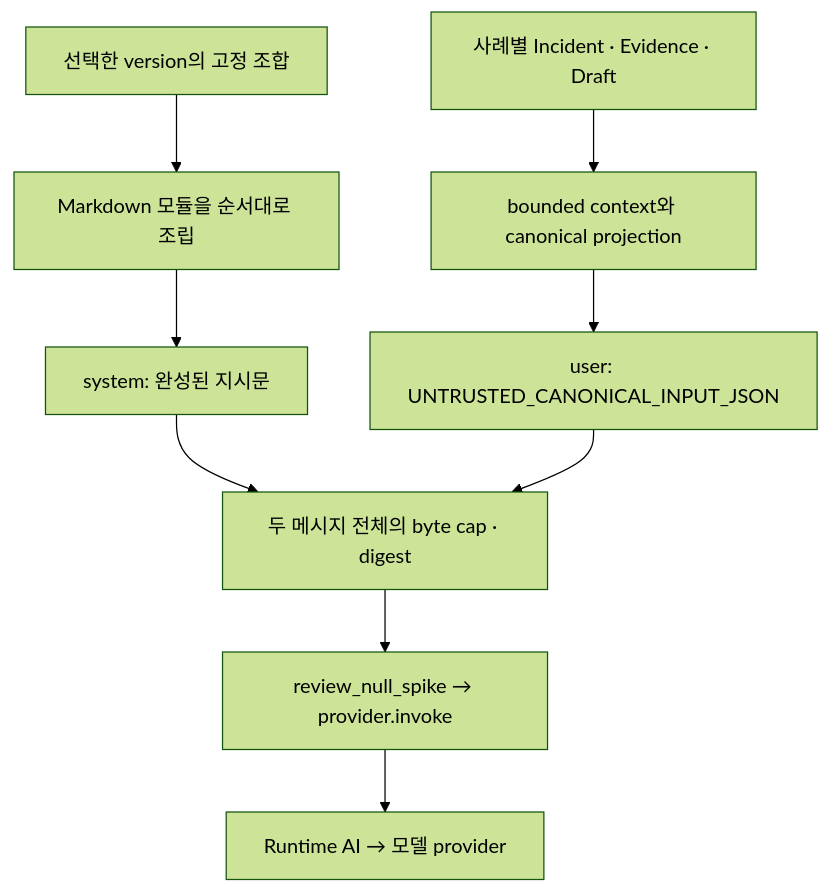
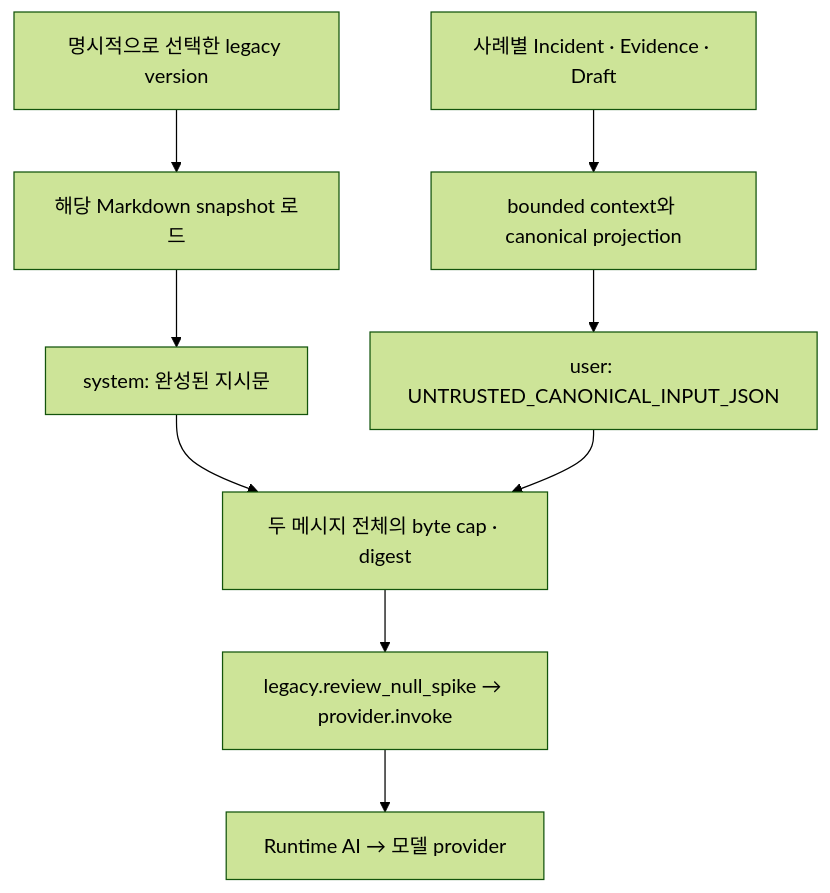
Before and after one commit to mols3131d/hmda-data-reliability: the diagram in docs/development/review-ai-prompts.md, drawn with Mermaid (forest theme). The commit also changed other lines of this file and 42 other files, not shown here.

````diff
--- a/docs/development/review-ai-prompts.md
+++ b/docs/development/review-ai-prompts.md
@@ -94,11 +92,11 @@
 ```mermaid
 flowchart TD
-    profile["선택한 version의 고정 조합"] --> modules["Markdown 모듈을 순서대로 조립"]
+    profile["명시적으로 선택한 legacy version"] --> modules["해당 Markdown snapshot 로드"]
     modules --> system["system: 완성된 지시문"]
     input["사례별 Incident · Evidence · Draft"] --> context["bounded context와 canonical projection"]
     context --> user["user: UNTRUSTED_CANONICAL_INPUT_JSON"]
     system --> messages["두 메시지 전체의 byte cap · digest"]
     user --> messages
-    messages --> service["review_null_spike → provider.invoke"]
+    messages --> service["legacy.review_null_spike → provider.invoke"]
     service --> runtime["Runtime AI → 모델 provider"]
 ```
````
